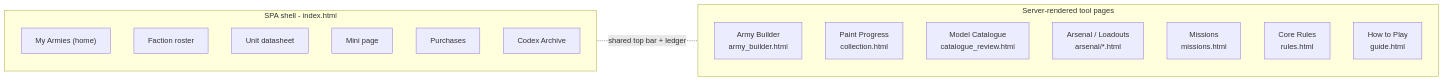
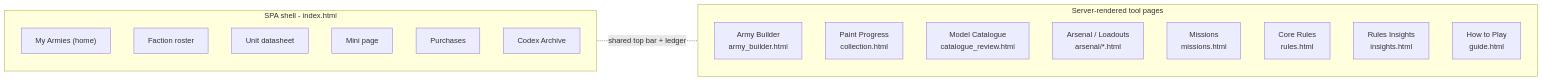
Before and after one commit to Unfunded8495/Codex-Armorum: the second of 12 diagrams in CODEX_ARMORUM_APP_MAP.md, drawn with Mermaid. The commit also changed other lines of this file and 107 other files, not shown here.

First line of the commit message:
Rules Insights: community article section, linked commentary, accuracy pass

````diff
--- a/CODEX_ARMORUM_APP_MAP.md
+++ b/CODEX_ARMORUM_APP_MAP.md
@@ -93,23 +93,24 @@
 ```mermaid
 flowchart LR
     subgraph A["SPA shell - index.html"]
         direction TB
         a1["My Armies (home)"]
         a2["Faction roster"]
         a3["Unit datasheet"]
         a4["Mini page"]
         a5["Purchases"]
         a6["Codex Archive"]
     end
     subgraph B["Server-rendered tool pages"]
         direction TB
         b1["Army Builder<br/>army_builder.html"]
         b2["Paint Progress<br/>collection.html"]
         b3["Model Catalogue<br/>catalogue_review.html"]
         b4["Arsenal / Loadouts<br/>arsenal/*.html"]
         b5["Missions<br/>missions.html"]
         b6["Core Rules<br/>rules.html"]
+        b6b["Rules Insights<br/>insights.html"]
         b7["How to Play<br/>guide.html"]
     end
     A -.shared top bar + ledger.- B
 ```
````
